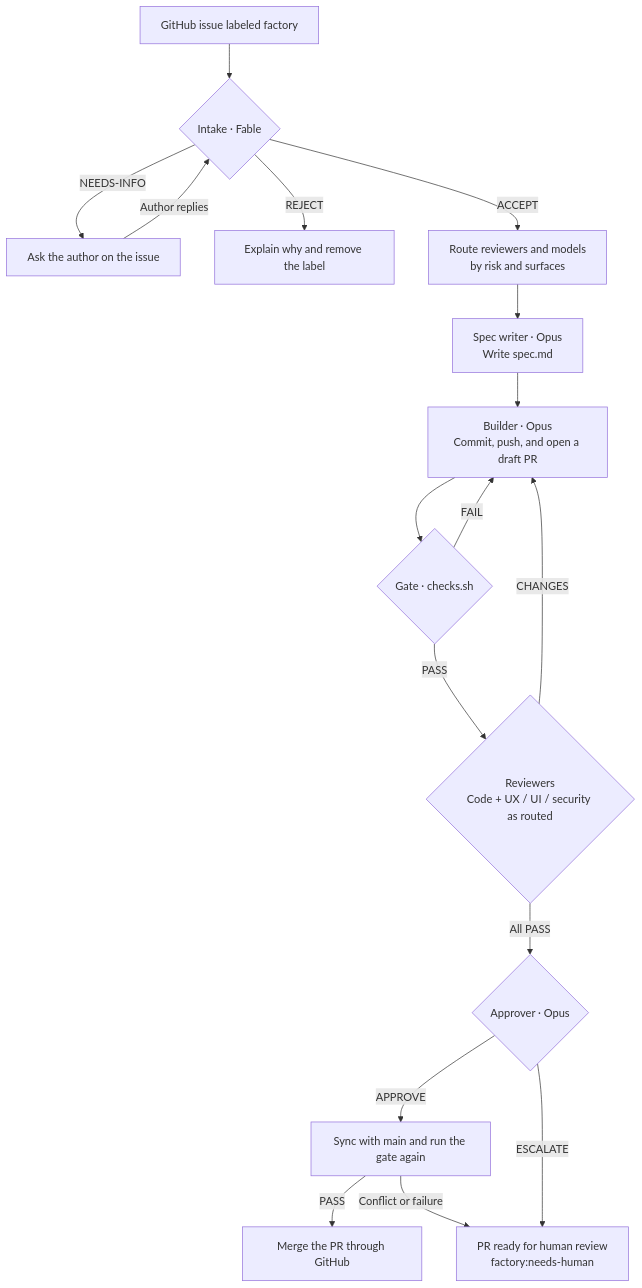
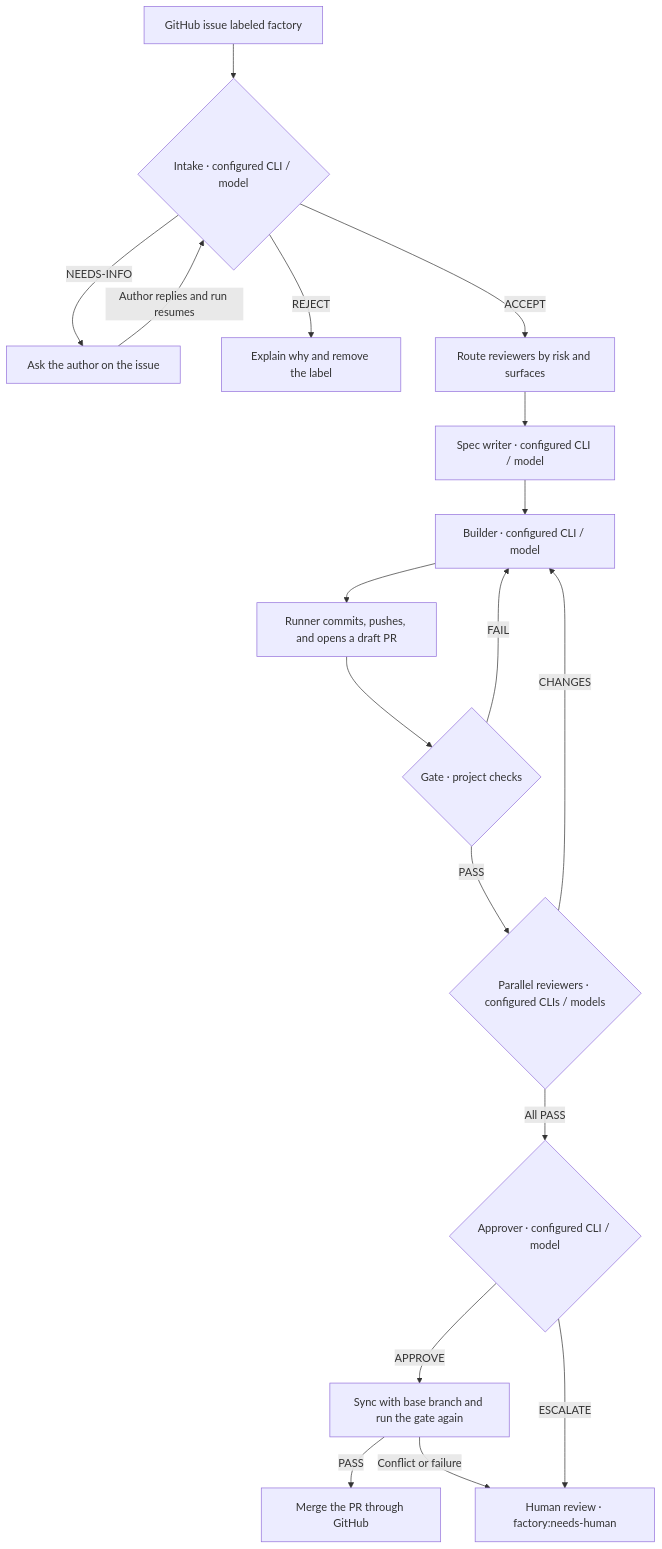
The diagram in README.md (sebastiaofv/software-factory), drawn with Mermaid before and after one commit. The commit also changed other lines of this file and 25 other files, not shown here.

````diff
--- a/README.md
+++ b/README.md
@@ -29,19 +30,20 @@
 ```mermaid
 flowchart TD
-    Issue["GitHub issue labeled factory"] --> Intake{"Intake · Fable"}
+    Issue["GitHub issue labeled factory"] --> Intake{"Intake · configured CLI / model"}
     Intake -->|NEEDS-INFO| Question["Ask the author on the issue"]
-    Question -->|Author replies| Intake
+    Question -->|Author replies and run resumes| Intake
     Intake -->|REJECT| Rejected["Explain why and remove the label"]
-    Intake -->|ACCEPT| Route["Route reviewers and models<br/>by risk and surfaces"]
-    Route --> Spec["Spec writer · Opus<br/>Write spec.md"]
-    Spec --> Build["Builder · Opus<br/>Commit, push, and open a draft PR"]
-    Build --> Gate{"Gate · checks.sh"}
+    Intake -->|ACCEPT| Route["Route reviewers by risk and surfaces"]
+    Route --> Spec["Spec writer · configured CLI / model"]
+    Spec --> Build["Builder · configured CLI / model"]
+    Build --> Publish["Runner commits, pushes, and opens a draft PR"]
+    Publish --> Gate{"Gate · project checks"}
     Gate -->|FAIL| Build
-    Gate -->|PASS| Review{"Reviewers<br/>Code + UX / UI / security as routed"}
+    Gate -->|PASS| Review{"Parallel reviewers · configured CLIs / models"}
     Review -->|CHANGES| Build
-    Review -->|All PASS| Approver{"Approver · Opus"}
-    Approver -->|APPROVE| Sync["Sync with main and run the gate again"]
+    Review -->|All PASS| Approver{"Approver · configured CLI / model"}
+    Approver -->|APPROVE| Sync["Sync with base branch and run the gate again"]
     Sync -->|PASS| Merge["Merge the PR through GitHub"]
-    Sync -->|Conflict or failure| Human["PR ready for human review<br/>factory:needs-human"]
+    Sync -->|Conflict or failure| Human["Human review · factory:needs-human"]
     Approver -->|ESCALATE| Human
 ```
````
